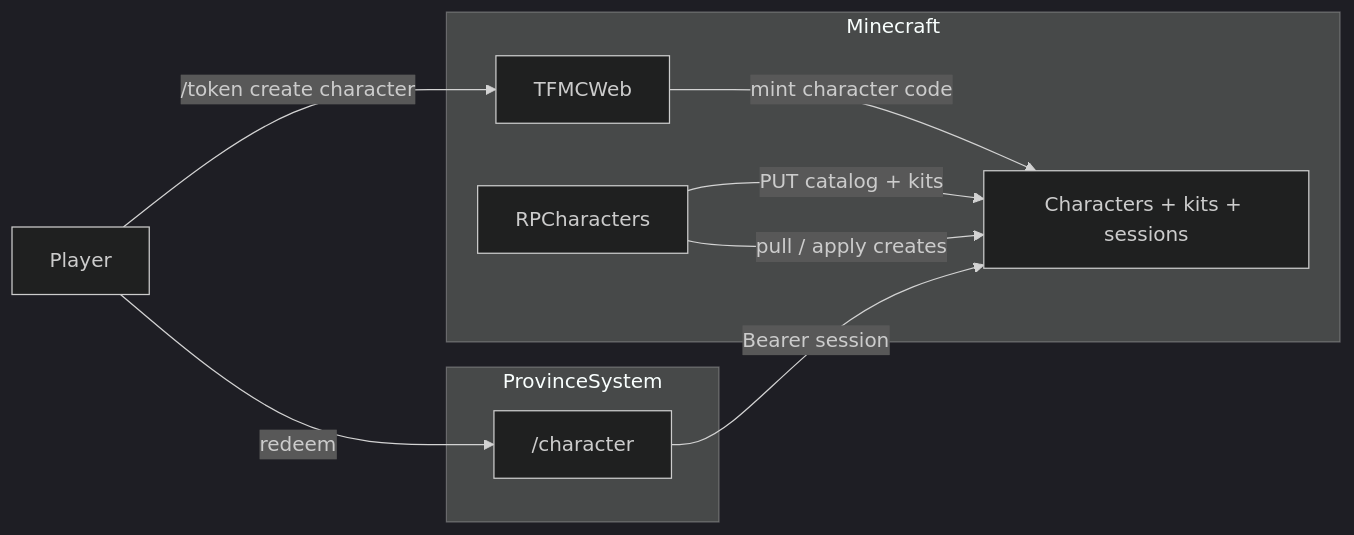
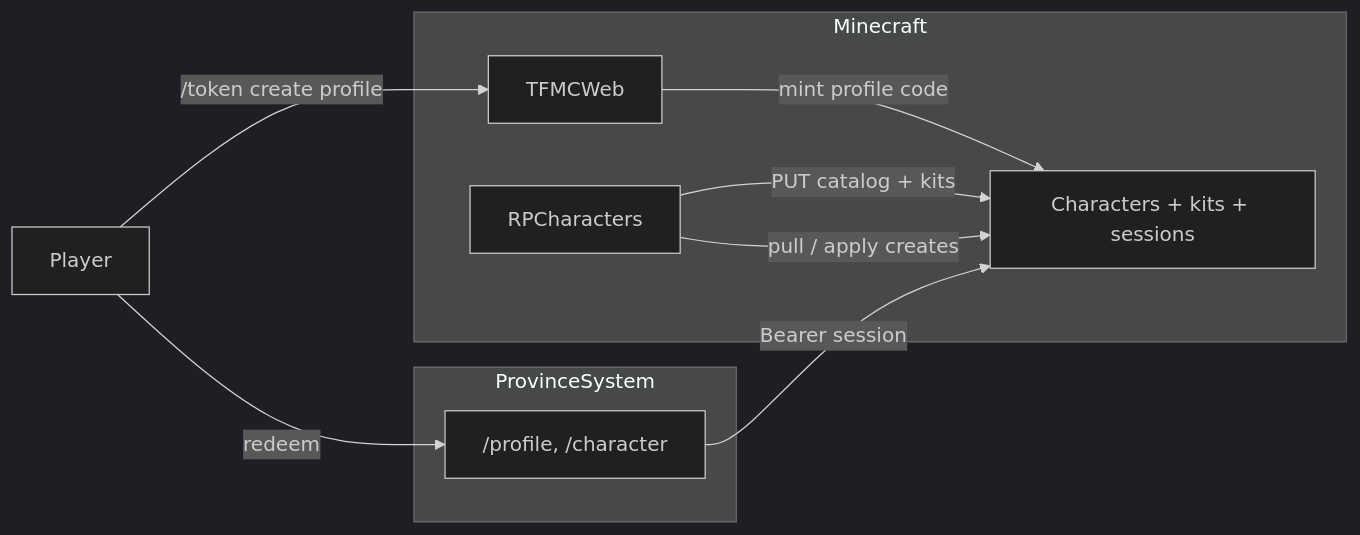
Before and after one commit to TF-Minecraft/Docs: the diagram in projects/ProvinceSystem/docs/characters/creator.md, drawn with Mermaid (dark theme). The commit also changed other lines of this file and 139 other files, not shown here.

````diff
--- a/projects/ProvinceSystem/docs/characters/creator.md
+++ b/projects/ProvinceSystem/docs/characters/creator.md
@@ -110,17 +94,17 @@
 ```mermaid
 flowchart LR
   subgraph mc [Minecraft]
     TW[TFMCWeb]
     RPC[RPCharacters]
-    TW -->|mint character code| API
+    TW -->|mint profile code| API
     RPC -->|PUT catalog + kits| API
     RPC -->|pull / apply creates| API
   end
   subgraph web [ProvinceSystem]
     API[Characters + kits + sessions]
-    FE["/character"]
+    FE["/profile, /character"]
     FE -->|Bearer session| API
   end
-  Player -->|/token create character| TW
+  Player -->|/token create profile| TW
   Player -->|redeem| FE
 ```
````
